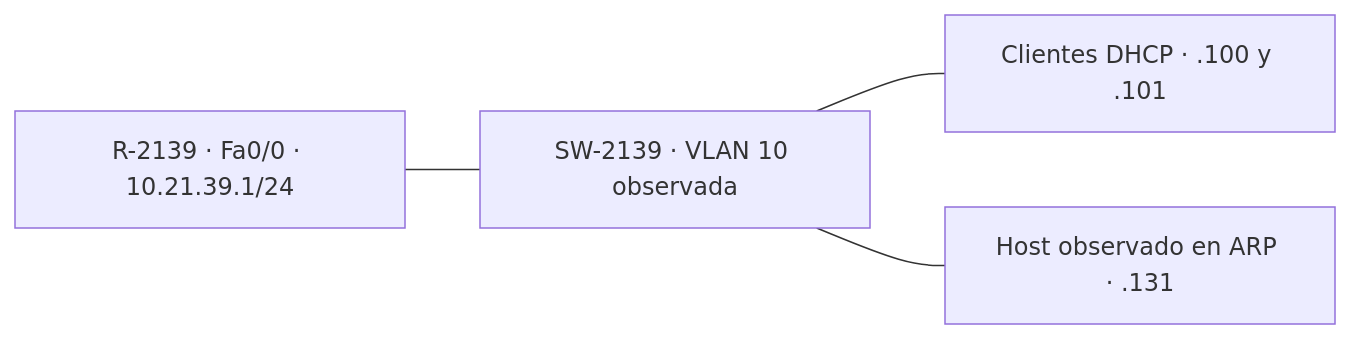
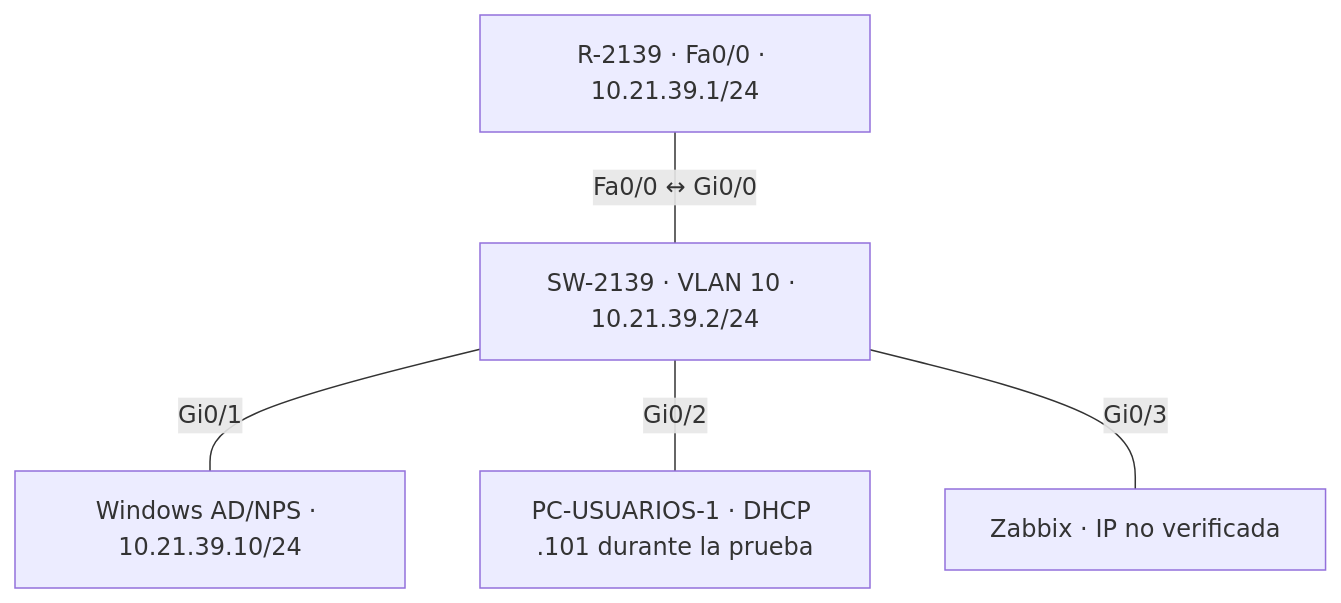
Before and after one commit to adrianmgallaness-hash/seguridad-redes-cisco-radius-zabbix-lab: the diagram in README.md, drawn with Mermaid. The commit also changed other lines of this file and 1 other file, not shown here.

Commit message:
Corrige el estado RADIUS en README y actualiza diagrama lógico

````diff
--- a/README.md
+++ b/README.md
@@ -33,6 +33,7 @@
 ```mermaid
-flowchart LR
-  R["R-2139 · Fa0/0 · 10.21.39.1/24"] --- S["SW-2139 · VLAN 10 observada"]
-  S --- C["Clientes DHCP · .100 y .101"]
-  S --- W["Host observado en ARP · .131"]
+flowchart TB
+  R["R-2139 · Fa0/0 · 10.21.39.1/24"] ---|"Fa0/0 ↔ Gi0/0"| S["SW-2139 · VLAN 10 · 10.21.39.2/24"]
+  S ---|"Gi0/1"| W["Windows AD/NPS · 10.21.39.10/24"]
+  S ---|"Gi0/2"| C["PC-USUARIOS-1 · DHCP .101 durante la prueba"]
+  S ---|"Gi0/3"| Z["Zabbix · IP no verificada"]
 ```
````
